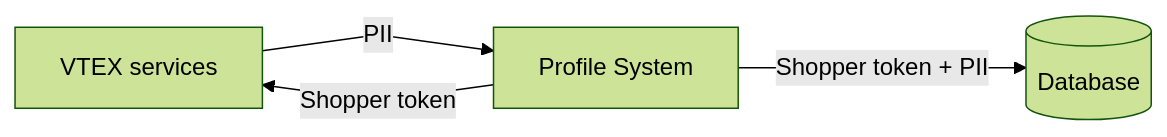
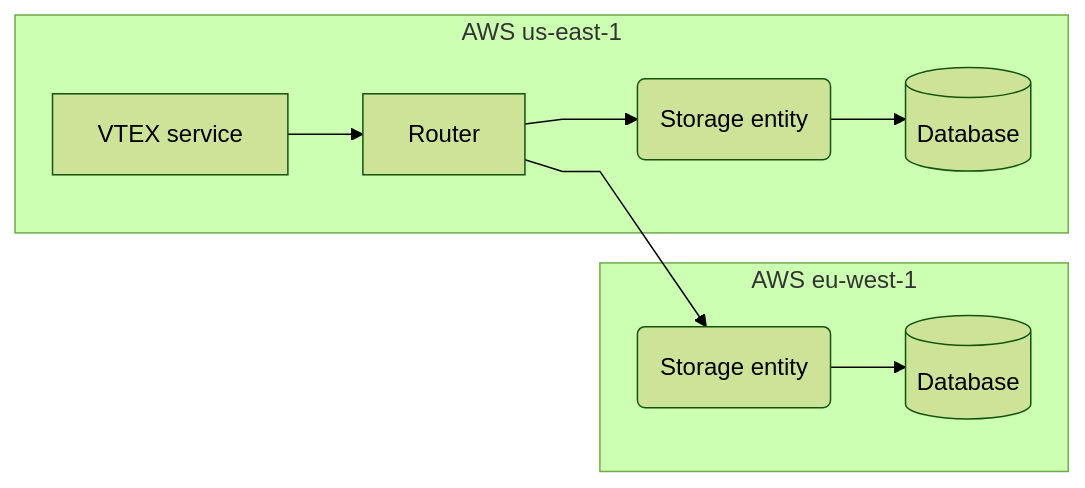
Before and after one commit to vtexdocs/dev-portal-content: the diagram in docs/guides/Integration-Guides/data-privacy/data-residency.md, drawn with Mermaid (forest theme). The commit also changed other lines of this file, not shown here.

````diff
--- a/docs/guides/Integration-Guides/data-privacy/data-residency.md
+++ b/docs/guides/Integration-Guides/data-privacy/data-residency.md
@@ -20,7 +20,13 @@
 ```mermaid
 %%{ init: { 'flowchart': { 'curve': 'linear' } } }%%
 flowchart LR
-	A[VTEX services] -->|PII| B[Profile System]
-	B -->|Shopper token| A
-	B -->|Shopper token + PII| C[(Database)]
+    subgraph us [AWS us-east-1]
+        A[VTEX service] --> B[Router]
+        B -->C(Storage entity)
+        C -->E[(Database)]
+    end
+    subgraph eu [AWS eu-west-1]
+        D -->F[(Database)]
+    end
+        B -->D(Storage entity)
 ```
````
